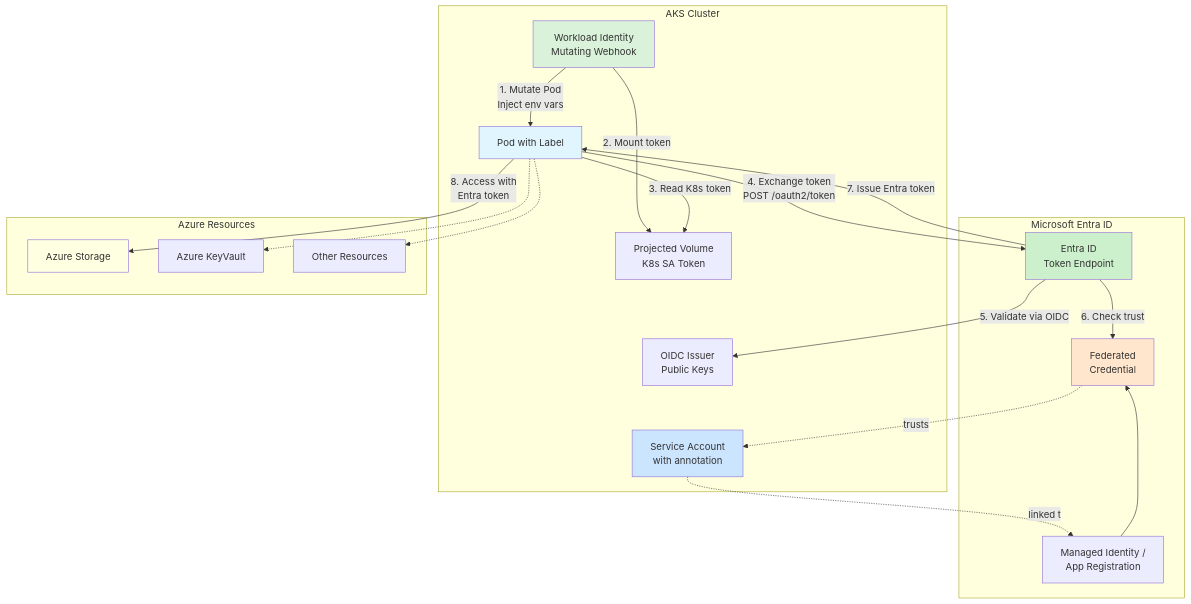
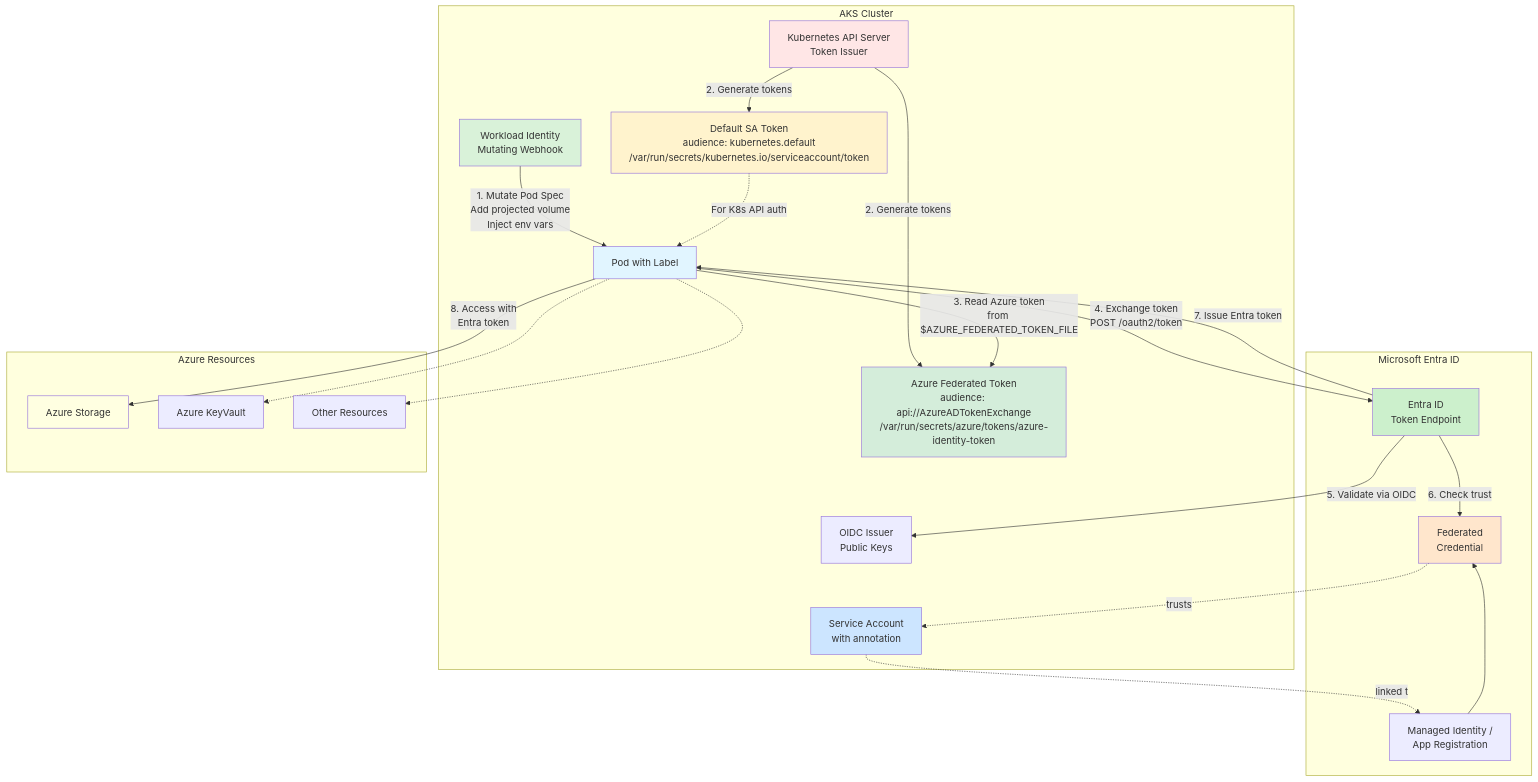
The third of 7 diagrams in workloadidentity/README.md (srinman/aks-security), drawn with Mermaid before and after one commit. The commit also changed other lines of this file, not shown here.

Commit message:
updates with workload identity - working

````diff
--- a/workloadidentity/README.md
+++ b/workloadidentity/README.md
@@ -850,44 +976,51 @@
 ```mermaid
 graph TB
     subgraph Cluster["AKS Cluster"]
         Pod[Pod with Label]
         SA[Service Account<br/>with annotation]
         Webhook[Workload Identity<br/>Mutating Webhook]
+        K8sAPI[Kubernetes API Server<br/>Token Issuer]
         OIDC[OIDC Issuer<br/>Public Keys]
-        PodVolume[Projected Volume<br/>K8s SA Token]
+        DefaultToken[Default SA Token<br/>audience: kubernetes.default<br/>/var/run/secrets/kubernetes.io/serviceaccount/token]
+        AzureToken[Azure Federated Token<br/>audience: api://AzureADTokenExchange<br/>/var/run/secrets/azure/tokens/azure-identity-token]
     end
     
     subgraph Entra["Microsoft Entra ID"]
         EntraID[Entra ID<br/>Token Endpoint]
         MI[Managed Identity /<br/>App Registration]
         FedCred[Federated<br/>Credential]
     end
     
     subgraph Azure["Azure Resources"]
         Storage[Azure Storage]
         KeyVault[Azure KeyVault]
         Other[Other Resources]
     end
     
     SA -.linked to.-> MI
     MI --> FedCred
     FedCred -.trusts.-> SA
     
-    Webhook -->|1. Mutate Pod<br/>Inject env vars| Pod
-    Webhook -->|2. Mount token| PodVolume
-    Pod -->|3. Read K8s token| PodVolume
+    Webhook -->|1. Mutate Pod Spec<br/>Add projected volume<br/>Inject env vars| Pod
+    K8sAPI -->|2. Generate tokens| DefaultToken
+    K8sAPI -->|2. Generate tokens| AzureToken
+    DefaultToken -.->|For K8s API auth| Pod
+    Pod -->|3. Read Azure token<br/>from $AZURE_FEDERATED_TOKEN_FILE| AzureToken
     Pod -->|4. Exchange token<br/>POST /oauth2/token| EntraID
     EntraID -->|5. Validate via OIDC| OIDC
     EntraID -->|6. Check trust| FedCred
     EntraID -->|7. Issue Entra token| Pod
     Pod -->|8. Access with<br/>Entra token| Storage
     Pod -.-> KeyVault
     Pod -.-> Other
     
     style Pod fill:#e1f5ff
     style SA fill:#cce5ff
     style Webhook fill:#d9f2d9
+    style K8sAPI fill:#ffe6e6
+    style DefaultToken fill:#fff3cd
+    style AzureToken fill:#d4edda
     style FedCred fill:#ffe6cc
     style EntraID fill:#ccf0cc
     style Storage fill:#ffffe1
 ```
````
